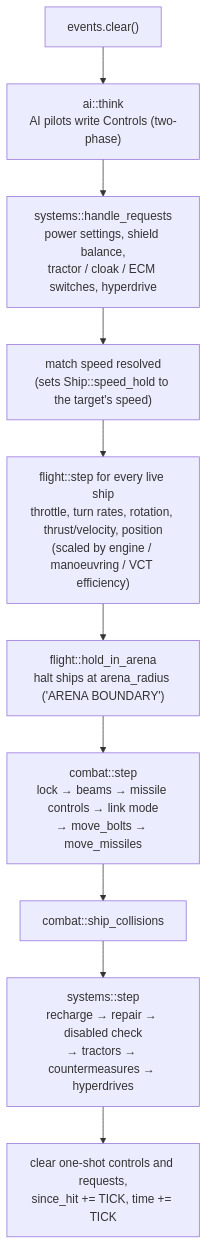
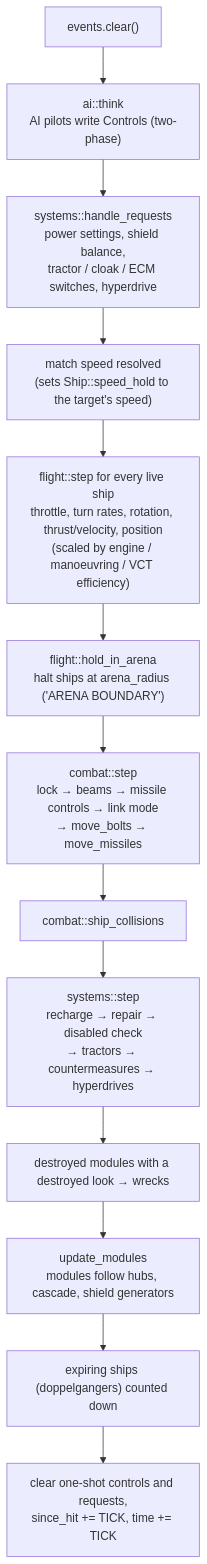
One commit to bbogovich/OpenInterceptor changed the first of 5 diagrams in docs/architecture/sim.md. Above: the diagram before and after it, drawn with Mermaid. The commit also changed other lines of this file and 22 other files, not shown here.

````diff
--- a/docs/architecture/sim.md
+++ b/docs/architecture/sim.md
@@ -13,12 +13,15 @@
 ```mermaid
 flowchart TD
     A["events.clear()"] --> B["ai::think<br/>AI pilots write Controls (two-phase)"]
     B --> B2["systems::handle_requests<br/>power settings, shield balance,<br/>tractor / cloak / ECM switches, hyperdrive"]
     B2 --> C["match speed resolved<br/>(sets Ship::speed_hold to the target's speed)"]
     C --> D["flight::step for every live ship<br/>throttle, turn rates, rotation, thrust/velocity, position<br/>(scaled by engine / manoeuvring / VCT efficiency)"]
     D --> D2["flight::hold_in_arena<br/>halt ships at arena_radius ('ARENA BOUNDARY')"]
     D2 --> E["combat::step<br/>lock → beams → missile controls → link mode<br/>→ move_bolts → move_missiles"]
     E --> F["combat::ship_collisions"]
     F --> S["systems::step<br/>recharge → repair → disabled check<br/>→ tractors → countermeasures → hyperdrives"]
-    S --> G["clear one-shot controls and requests,<br/>since_hit += TICK, time += TICK"]
+    S --> WR["destroyed modules with a destroyed look → wrecks"]
+    WR --> MO["update_modules<br/>modules follow hubs, cascade, shield generators"]
+    MO --> EX["expiring ships (doppelgangers) counted down"]
+    EX --> G["clear one-shot controls and requests,<br/>since_hit += TICK, time += TICK"]
 ```
````
